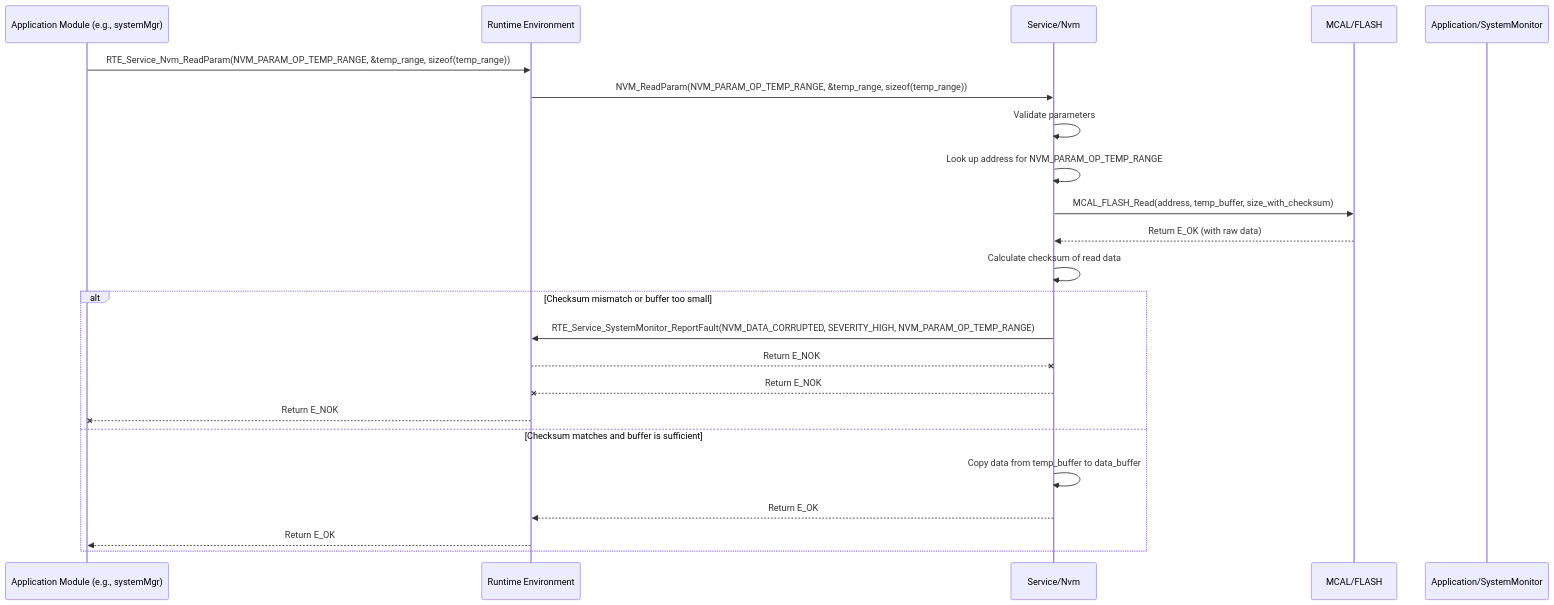
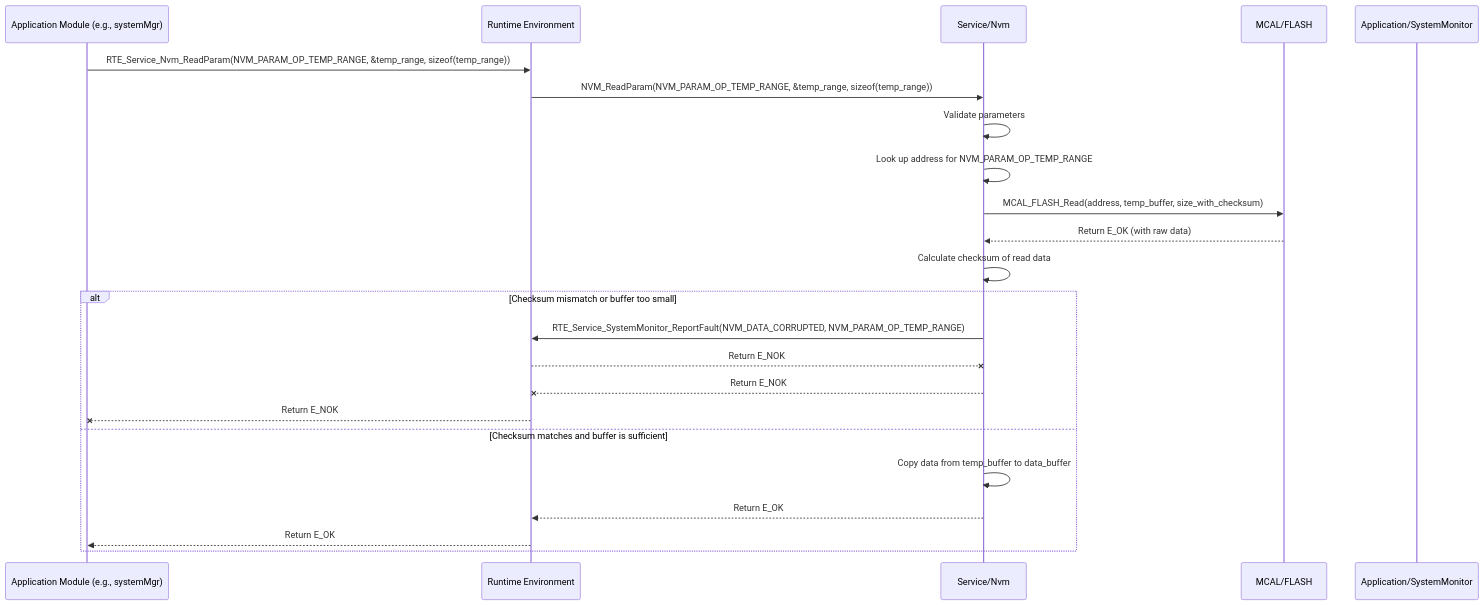
The diagram in Requiremets/Design/Service/NvM.md (ashaker-2/Platform), drawn with Mermaid before and after one commit. The commit also changed other lines of this file and 79 other files, not shown here.

````diff
--- a/Requiremets/Design/Service/NvM.md
+++ b/Requiremets/Design/Service/NvM.md
@@ -163,26 +166,26 @@
 ```mermaid
 sequenceDiagram  
     participant AppModule as Application Module (e.g., systemMgr)  
     participant RTE as Runtime Environment  
     participant Nvm as Service/Nvm  
     participant MCAL_FLASH as MCAL/FLASH  
     participant SystemMonitor as Application/SystemMonitor
 
     AppModule->>RTE: RTE_Service_Nvm_ReadParam(NVM_PARAM_OP_TEMP_RANGE, &temp_range, sizeof(temp_range))  
     RTE->>Nvm: NVM_ReadParam(NVM_PARAM_OP_TEMP_RANGE, &temp_range, sizeof(temp_range))  
     Nvm->>Nvm: Validate parameters  
     Nvm->>Nvm: Look up address for NVM_PARAM_OP_TEMP_RANGE  
     Nvm->>MCAL_FLASH: MCAL_FLASH_Read(address, temp_buffer, size_with_checksum)  
     MCAL_FLASH-->>Nvm: Return E_OK (with raw data)  
     Nvm->>Nvm: Calculate checksum of read data  
     alt Checksum mismatch or buffer too small  
-        Nvm->>RTE: RTE_Service_SystemMonitor_ReportFault(NVM_DATA_CORRUPTED, SEVERITY_HIGH, NVM_PARAM_OP_TEMP_RANGE)  
+        Nvm->>RTE: RTE_Service_SystemMonitor_ReportFault(NVM_DATA_CORRUPTED,  NVM_PARAM_OP_TEMP_RANGE)  
         RTE--xNvm: Return E_NOK  
         Nvm--xRTE: Return E_NOK  
         RTE--xAppModule: Return E_NOK  
     else Checksum matches and buffer is sufficient  
         Nvm->>Nvm: Copy data from temp_buffer to data_buffer  
         Nvm-->>RTE: Return E_OK  
         RTE-->>AppModule: Return E_OK  
     end
 ```
````
